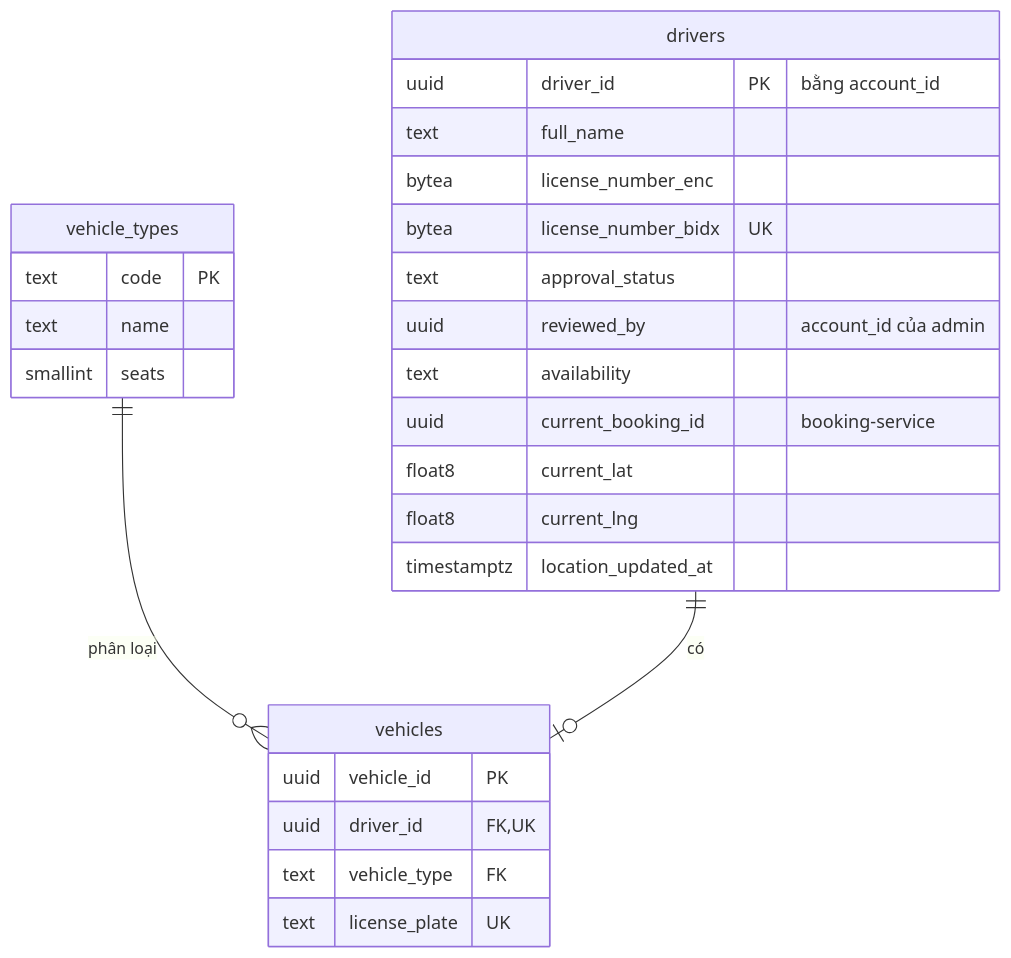
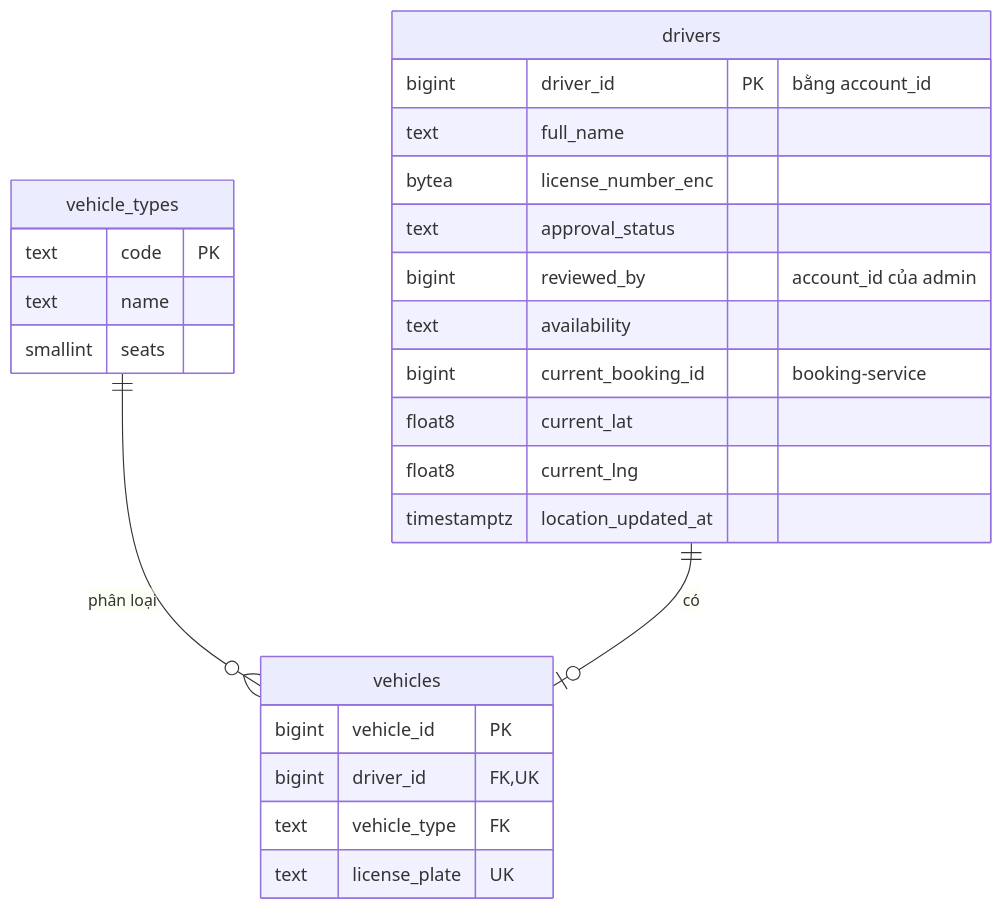
The third of 8 diagrams in docs/design/03-du-lieu.md (nghuuduc21/23699411_NguyenHuuDuc_CabSystem), drawn with Mermaid before and after one commit. The commit also changed other lines of this file and 21 other files, not shown here.

````diff
--- a/docs/design/03-du-lieu.md
+++ b/docs/design/03-du-lieu.md
@@ -221,29 +230,28 @@
 ```mermaid
 erDiagram
   vehicle_types ||--o{ vehicles : "phân loại"
   drivers ||--o| vehicles : "có"
   vehicle_types {
     text code PK
     text name
     smallint seats
   }
   drivers {
-    uuid driver_id PK "bằng account_id"
+    bigint driver_id PK "bằng account_id"
     text full_name
     bytea license_number_enc
-    bytea license_number_bidx UK
     text approval_status
-    uuid reviewed_by "account_id của admin"
+    bigint reviewed_by "account_id của admin"
     text availability
-    uuid current_booking_id "booking-service"
+    bigint current_booking_id "booking-service"
     float8 current_lat
     float8 current_lng
     timestamptz location_updated_at
   }
   vehicles {
-    uuid vehicle_id PK
-    uuid driver_id FK, UK
+    bigint vehicle_id PK
+    bigint driver_id FK, UK
     text vehicle_type FK
     text license_plate UK
   }
 ```
````
